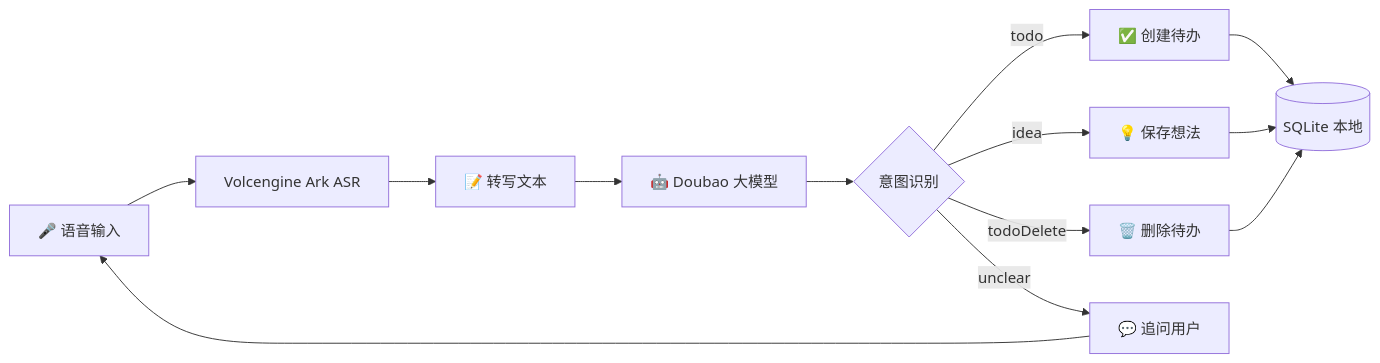
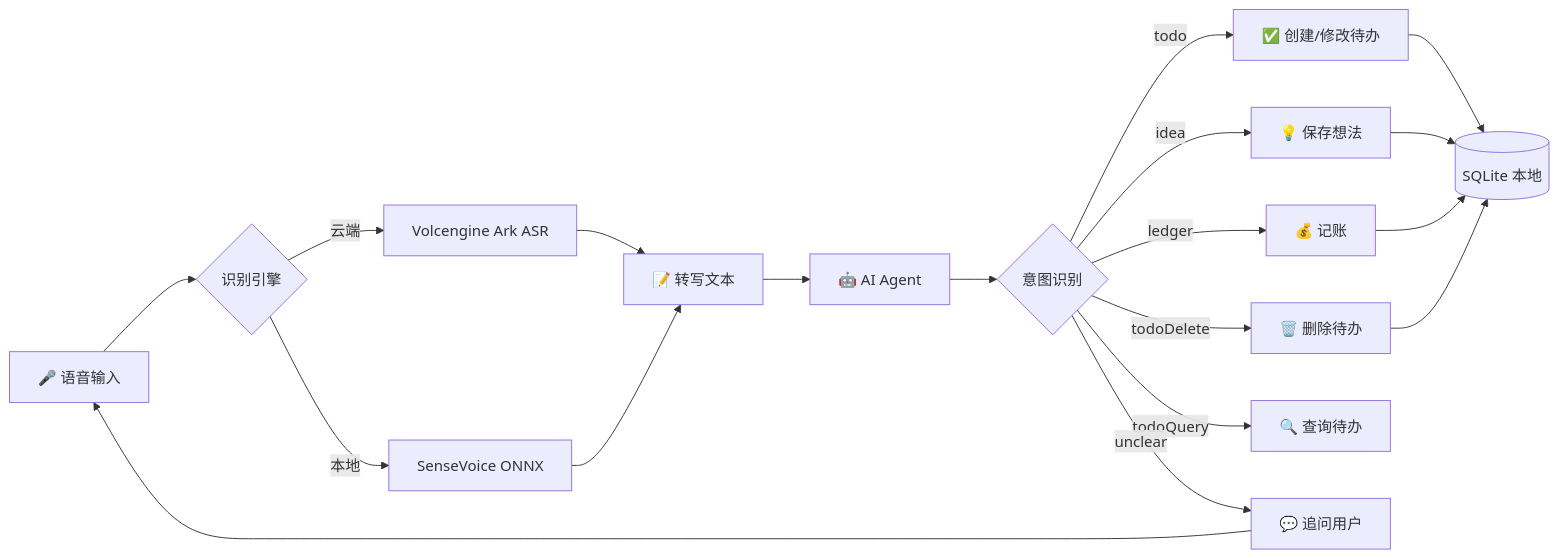
The diagram in README.md (wuyongjin007-hash/ChatNote), drawn with Mermaid before and after one commit. The commit also changed other lines of this file and 36 other files, not shown here.

Commit message:
feat: add AI voice capture and agent workflows

````diff
--- a/README.md
+++ b/README.md
@@ -56,15 +58,21 @@
 ```mermaid
 graph LR
-    A[🎤 语音输入] --> B[Volcengine Ark ASR]
-    B --> C[📝 转写文本]
-    C --> D[🤖 Doubao 大模型]
-    D --> E{意图识别}
-    E -->|todo| F[✅ 创建待办]
-    E -->|idea| G[💡 保存想法]
-    E -->|todoDelete| H[🗑️ 删除待办]
-    E -->|unclear| I[💬 追问用户]
-    I --> A
-    F --> J[(SQLite 本地)]
-    G --> J
-    H --> J
+    A[🎤 语音输入] --> B{识别引擎}
+    B -->|云端| C[Volcengine Ark ASR]
+    B -->|本地| D[SenseVoice ONNX]
+    C --> E[📝 转写文本]
+    D --> E
+    E --> F[🤖 AI Agent]
+    F --> G{意图识别}
+    G -->|todo| H[✅ 创建/修改待办]
+    G -->|idea| I[💡 保存想法]
+    G -->|ledger| J[💰 记账]
+    G -->|todoDelete| K[🗑️ 删除待办]
+    G -->|todoQuery| L[🔍 查询待办]
+    G -->|unclear| M[💬 追问用户]
+    M --> A
+    H --> N[(SQLite 本地)]
+    I --> N
+    J --> N
+    K --> N
 ```
````
